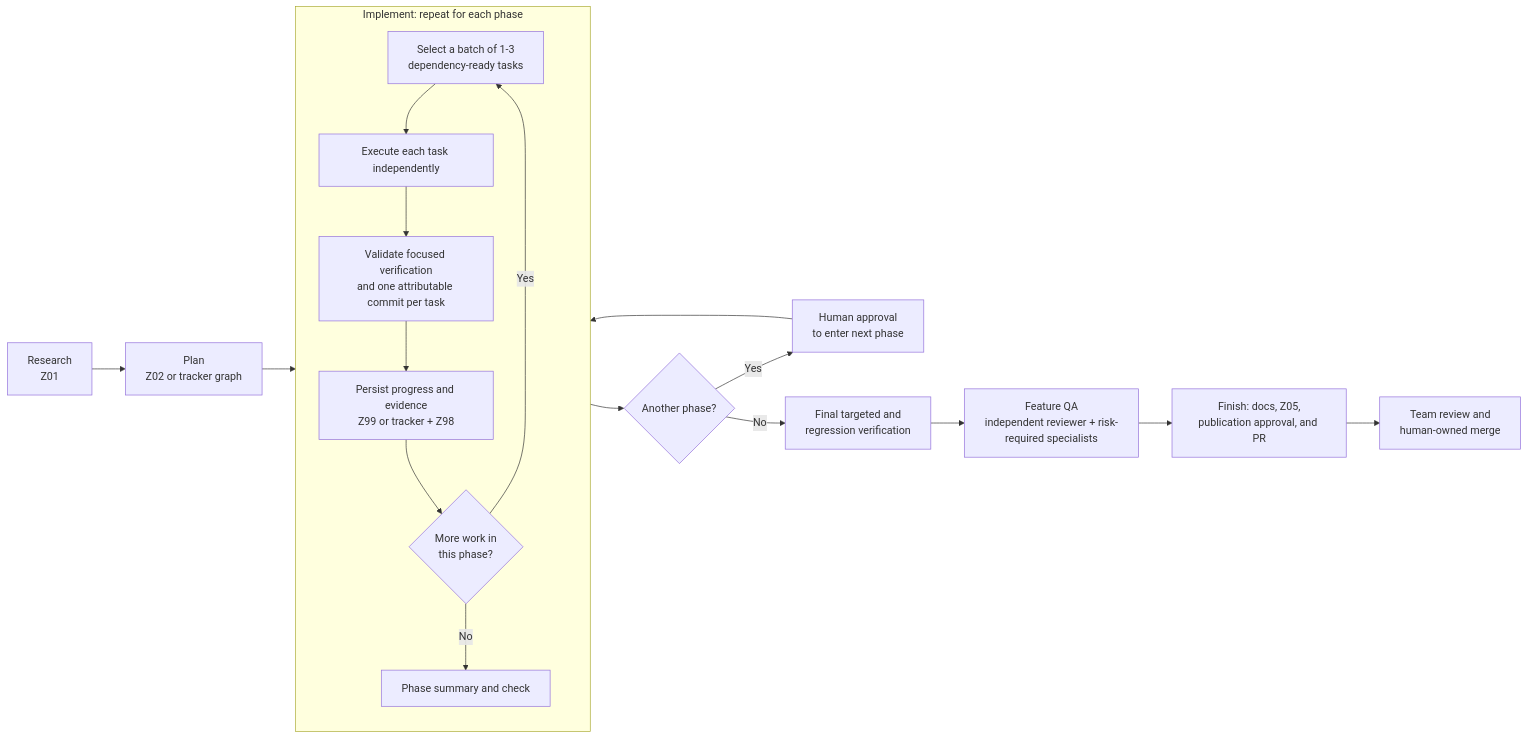
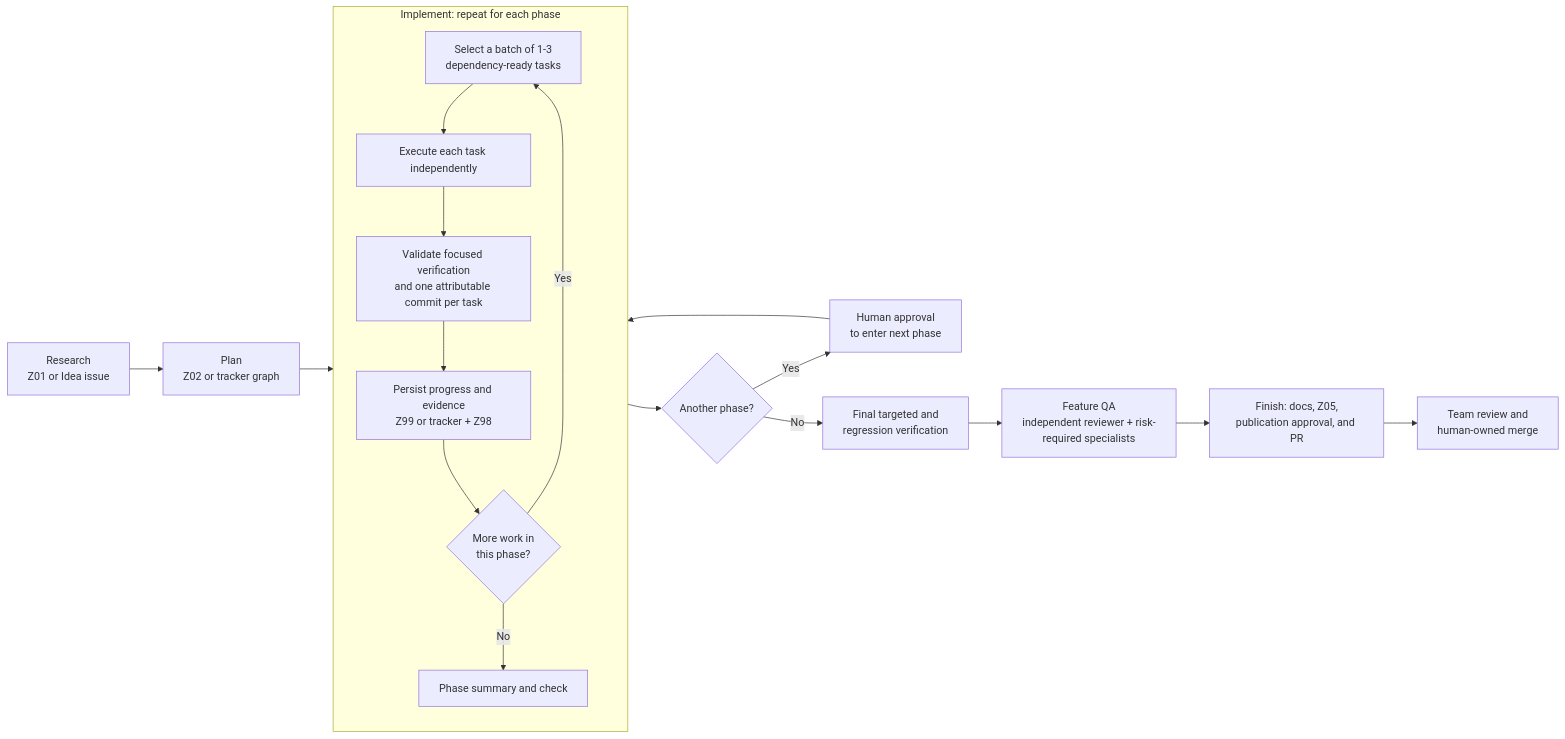
The diagram in README.md (escarti/agentDevPrompts), drawn with Mermaid before and after one commit. The commit also changed other lines of this file and 2 other files, not shown here.

Commit message:
Support GitHub issues for feature research

````diff
--- a/README.md
+++ b/README.md
@@ -116,23 +116,23 @@
 ```mermaid
 flowchart LR
-  R[Research<br/>Z01] --> P[Plan<br/>Z02 or tracker graph]
+  R[Research<br/>Z01 or Idea issue] --> P[Plan<br/>Z02 or tracker graph]
   P --> B
 
   subgraph I[Implement: repeat for each phase]
     direction TB
     B[Select a batch of 1-3<br/>dependency-ready tasks] --> E[Execute each task independently]
     E --> C[Validate focused verification<br/>and one attributable commit per task]
     C --> S[Persist progress and evidence<br/>Z99 or tracker + Z98]
     S --> D{More work in<br/>this phase?}
     D -- Yes --> B
     D -- No --> H[Phase summary and check]
   end
 
   H --> N{Another phase?}
   N -- Yes --> A[Human approval<br/>to enter next phase]
   A --> B
   N -- No --> V[Final targeted and<br/>regression verification]
   V --> Q[Feature QA<br/>independent reviewer + risk-required specialists]
   Q --> F[Finish: docs, Z05,<br/>publication approval, and PR]
   F --> M[Team review and<br/>human-owned merge]
 ```
````
